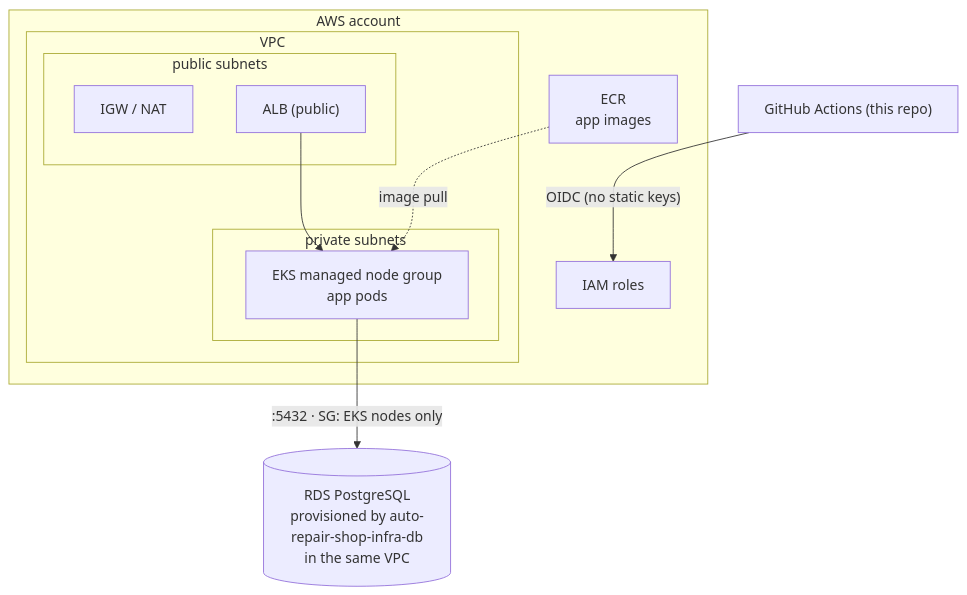
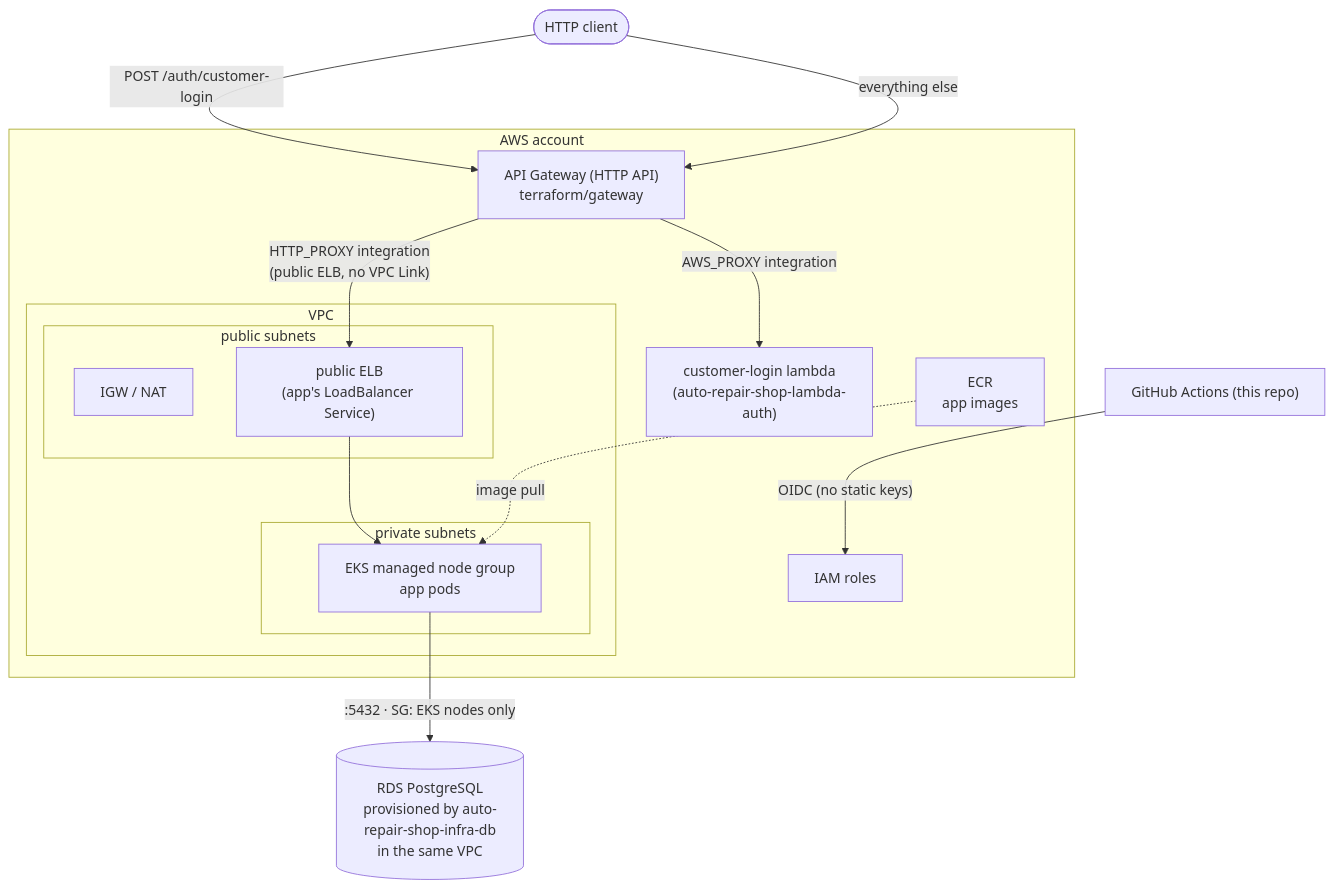
The diagram in README.md (POS-FIAP-15SOAT-TEAM-DARK-MODE/auto-repair-shop-infra-k8s), drawn with Mermaid before and after one commit. The commit also changed other lines of this file and 7 other files, not shown here.

````diff
--- a/README.md
+++ b/README.md
@@ -101,27 +119,35 @@
 ```mermaid
 flowchart TB
+    client([HTTP client])
     gha["GitHub Actions (this repo)"]
 
     subgraph aws["AWS account"]
         iam["IAM roles"]
         ecr["ECR<br/>app images"]
+        gw["API Gateway (HTTP API)<br/>terraform/gateway"]
+        lambda["customer-login lambda<br/>(auto-repair-shop-lambda-auth)"]
 
         subgraph vpc["VPC"]
             subgraph pub["public subnets"]
                 igw["IGW / NAT"]
-                alb["ALB (public)"]
+                elb["public ELB<br/>(app's LoadBalancer Service)"]
             end
             subgraph priv["private subnets"]
                 eks["EKS managed node group<br/>app pods"]
             end
-            alb --> eks
+            elb --> eks
         end
 
         ecr -.image pull.-> eks
     end
 
     rds[("RDS PostgreSQL<br/>provisioned by auto-repair-shop-infra-db<br/>in the same VPC")]
     eks -->|":5432 · SG: EKS nodes only"| rds
 
+    client -->|"POST /auth/customer-login"| gw
+    client -->|"everything else"| gw
+    gw -->|"AWS_PROXY integration"| lambda
+    gw -->|"HTTP_PROXY integration<br/>(public ELB, no VPC Link)"| elb
+
     gha -->|"OIDC (no static keys)"| iam
 ```
````
